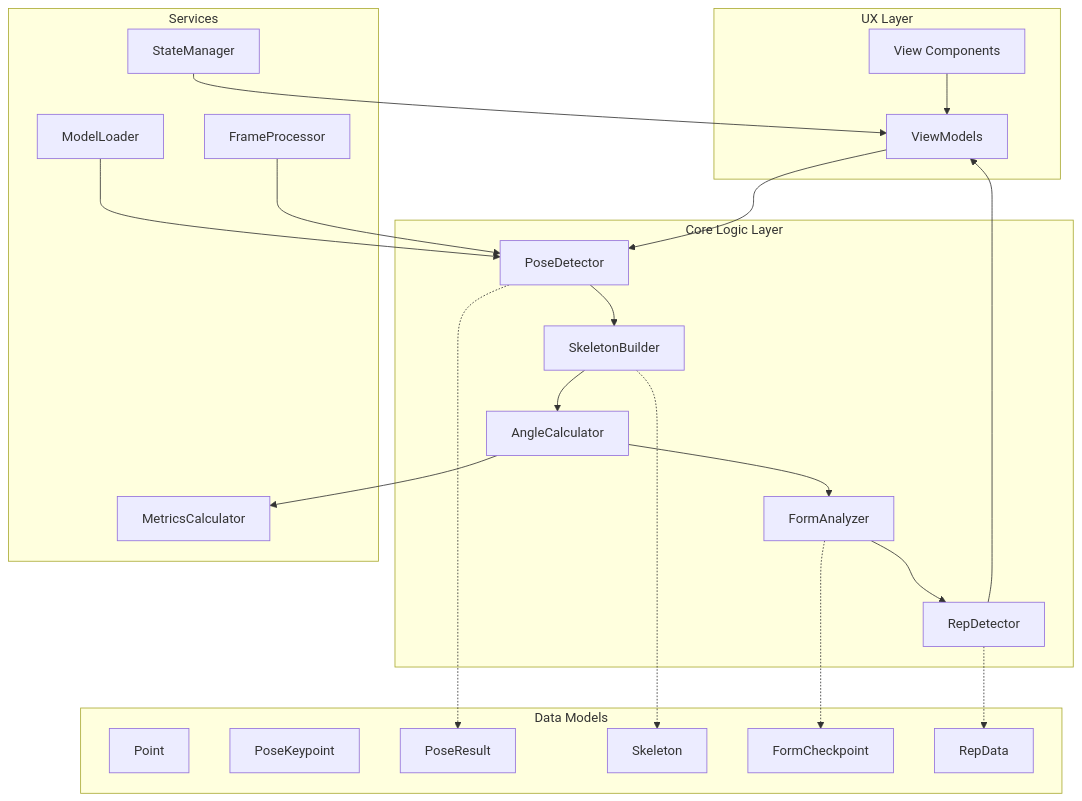
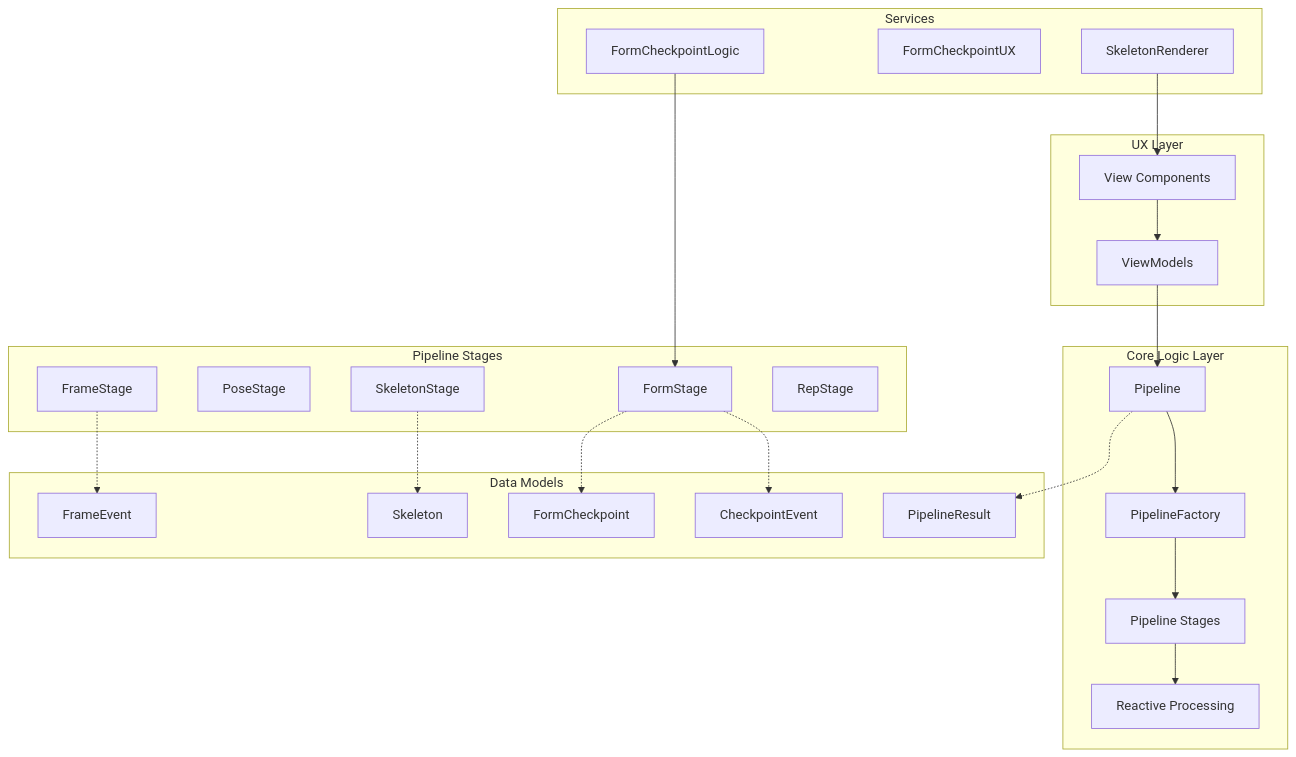
One commit to idvorkin/swing-analyzer changed the first of 2 diagrams in ARCHITECTURE.md. Above: the diagram before and after it, drawn with Mermaid. The commit also changed other lines of this file and 9 other files, not shown here.

````diff
--- a/ARCHITECTURE.md
+++ b/ARCHITECTURE.md
@@ -7,40 +7,43 @@
 ```mermaid
 graph TD
     subgraph "UX Layer"
         A1[View Components] --> A2[ViewModels]
     end
     
     subgraph "Core Logic Layer"
-        B1[PoseDetector] --> B2[SkeletonBuilder]
-        B2 --> B3[AngleCalculator]
-        B3 --> B4[FormAnalyzer]
-        B4 --> B5[RepDetector]
+        B1[Pipeline] --> B2[PipelineFactory]
+        B2 --> B3[Pipeline Stages]
+        B3 --> B4[Reactive Processing]
+    end
+    
+    subgraph "Pipeline Stages"
+        C1[FrameStage]
+        C2[PoseStage]
+        C3[SkeletonStage]
+        C4[FormStage]
+        C5[RepStage]
     end
     
     subgraph "Data Models"
-        C1[Point]
-        C2[PoseKeypoint]
-        C3[PoseResult]
-        C4[Skeleton]
-        C5[FormCheckpoint]
-        C6[RepData]
+        D1[Skeleton]
+        D2[FormCheckpoint]
+        D3[PipelineResult]
+        D4[FrameEvent]
+        D5[CheckpointEvent]
     end
     
     subgraph "Services"
-        D1[ModelLoader]
-        D2[FrameProcessor]
-        D3[MetricsCalculator]
-        D4[StateManager]
+        E2[FormCheckpointLogic]
+        E3[FormCheckpointUX]
+        E4[SkeletonRenderer]
     end
     
     A2 --> B1
-    B5 --> A2
-    B1 -.-> C3
-    B2 -.-> C4
-    B4 -.-> C5
-    B5 -.-> C6
-    D1 --> B1
-    D2 --> B1
-    B3 --> D3
-    D4 --> A2
+    B1 -.-> D3
+    C1 -.-> D4
+    C4 -.-> D5
+    C3 -.-> D1
+    C4 -.-> D2
+    E2 --> C4
+    E4 --> A1
 ```
````
